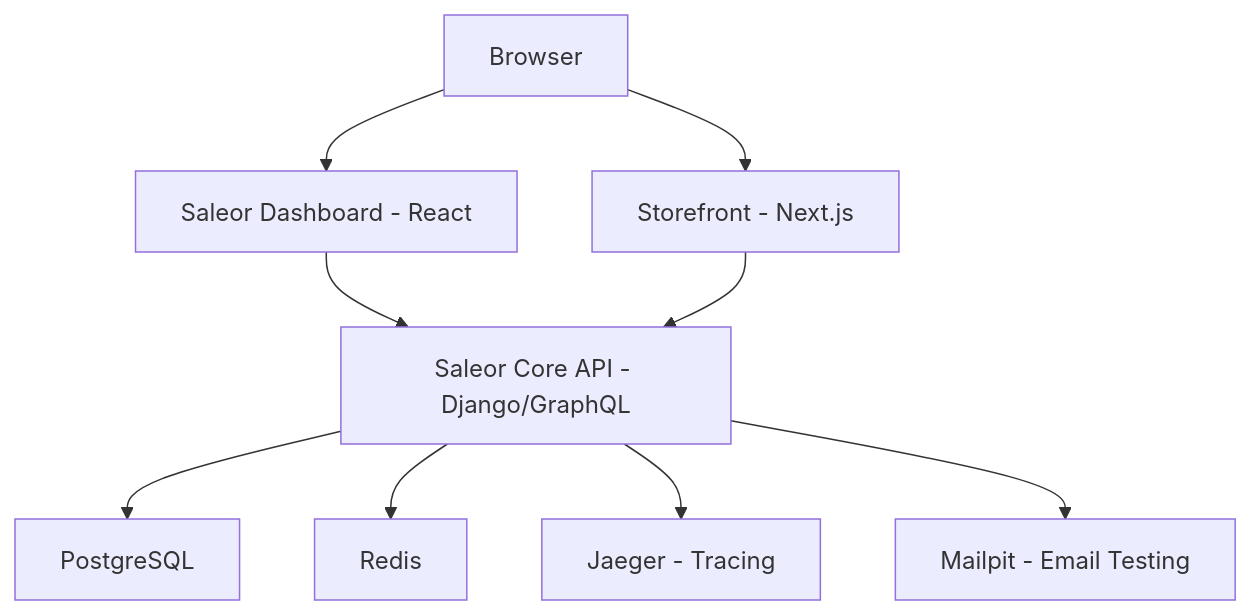
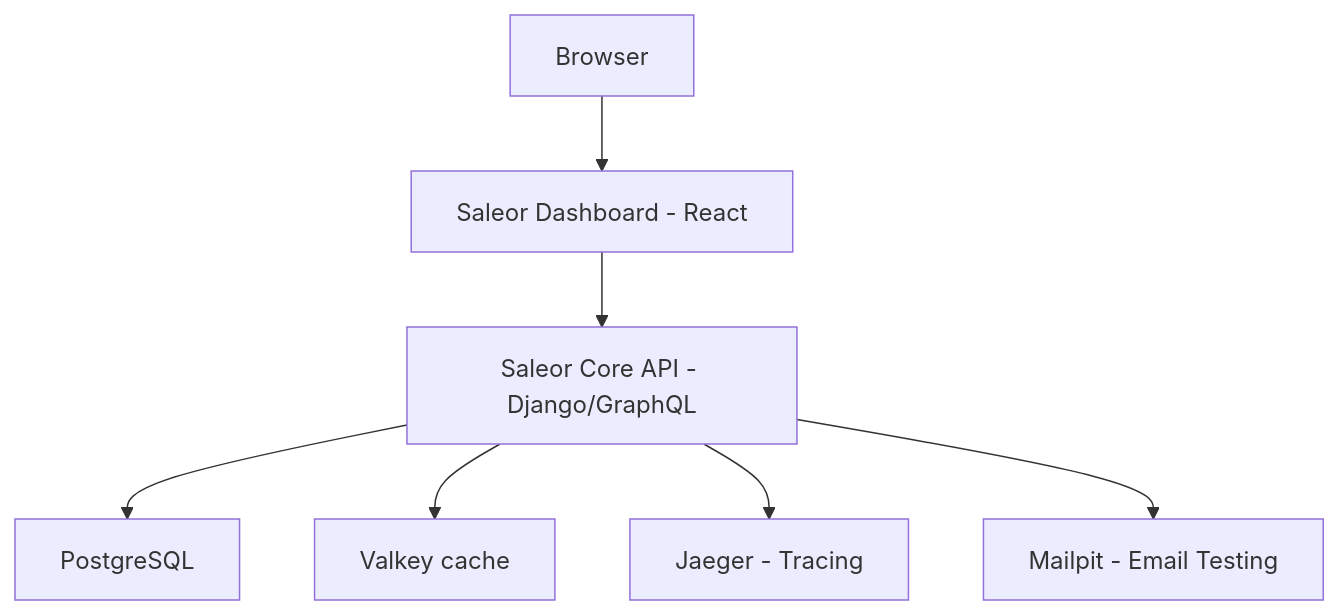
The diagram in posts/2026-02-08-how-to-run-saleor-in-docker-for-e-commerce/README.md (OneUptime/blog), drawn with Mermaid before and after one commit. The commit also changed other lines of this file and 2 other files, not shown here.

````diff
--- a/posts/2026-02-08-how-to-run-saleor-in-docker-for-e-commerce/README.md
+++ b/posts/2026-02-08-how-to-run-saleor-in-docker-for-e-commerce/README.md
@@ -48,11 +48,9 @@
 ```mermaid
 graph TD
     A[Browser] --> B[Saleor Dashboard - React]
-    A --> C[Storefront - Next.js]
     B --> D[Saleor Core API - Django/GraphQL]
-    C --> D
     D --> E[PostgreSQL]
-    D --> F[Redis]
+    D --> F[Valkey cache]
     D --> G[Jaeger - Tracing]
     D --> H[Mailpit - Email Testing]
 ```
````
